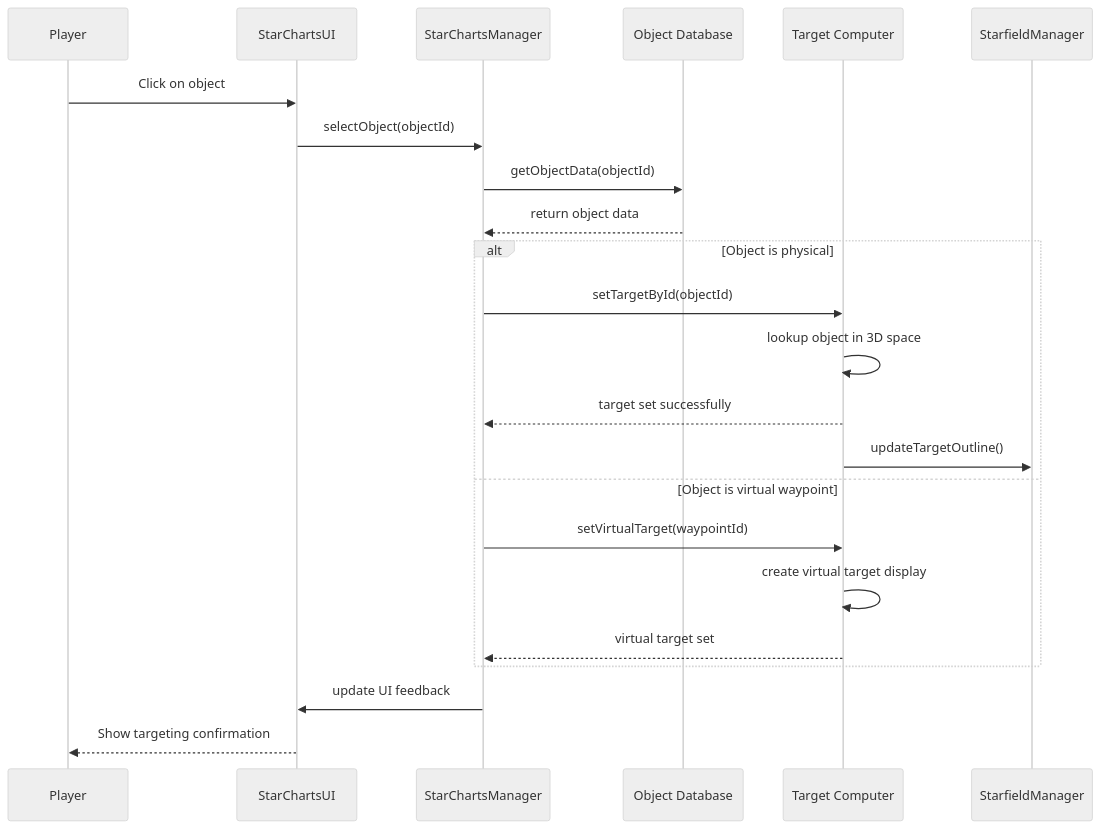
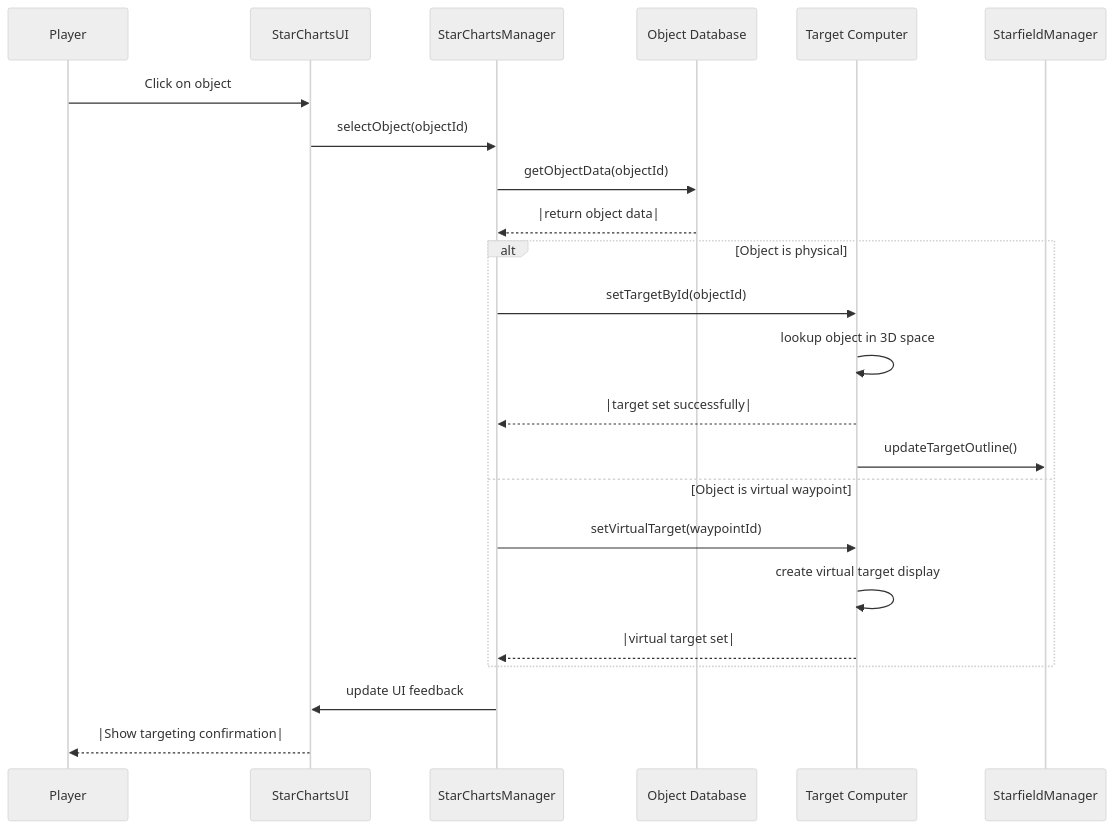
The seventh of 7 diagrams in docs/star_charts_system_spec.md (thoracle/planetz), drawn with Mermaid (neutral theme) before and after one commit. The commit also changed other lines of this file, not shown here.

First line of the commit message:
Fix Mermaid diagram syntax errors in Star Charts specification

````diff
--- a/docs/star_charts_system_spec.md
+++ b/docs/star_charts_system_spec.md
@@ -568,28 +568,28 @@
 ```mermaid
 sequenceDiagram
     participant User as Player
     participant SCUI as StarChartsUI
     participant SCM as StarChartsManager
     participant DB as Object Database
     participant TC as Target Computer
     participant Starfield as StarfieldManager
 
     User->>SCUI: Click on object
     SCUI->>SCM: selectObject(objectId)
     SCM->>DB: getObjectData(objectId)
-    DB-->>SCM: return object data
+    DB-->>SCM: |return object data|
 
     alt Object is physical
         SCM->>TC: setTargetById(objectId)
         TC->>TC: lookup object in 3D space
-        TC-->>SCM: target set successfully
+        TC-->>SCM: |target set successfully|
         TC->>Starfield: updateTargetOutline()
     else Object is virtual waypoint
         SCM->>TC: setVirtualTarget(waypointId)
         TC->>TC: create virtual target display
-        TC-->>SCM: virtual target set
+        TC-->>SCM: |virtual target set|
     end
 
     SCM->>SCUI: update UI feedback
-    SCUI-->>User: Show targeting confirmation
+    SCUI-->>User: |Show targeting confirmation|
 ```
````
